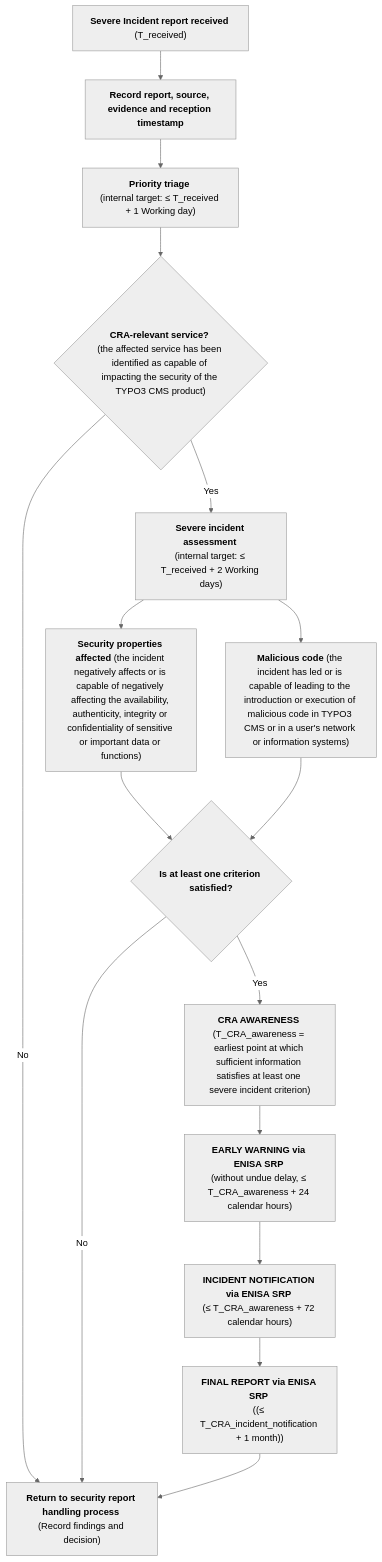
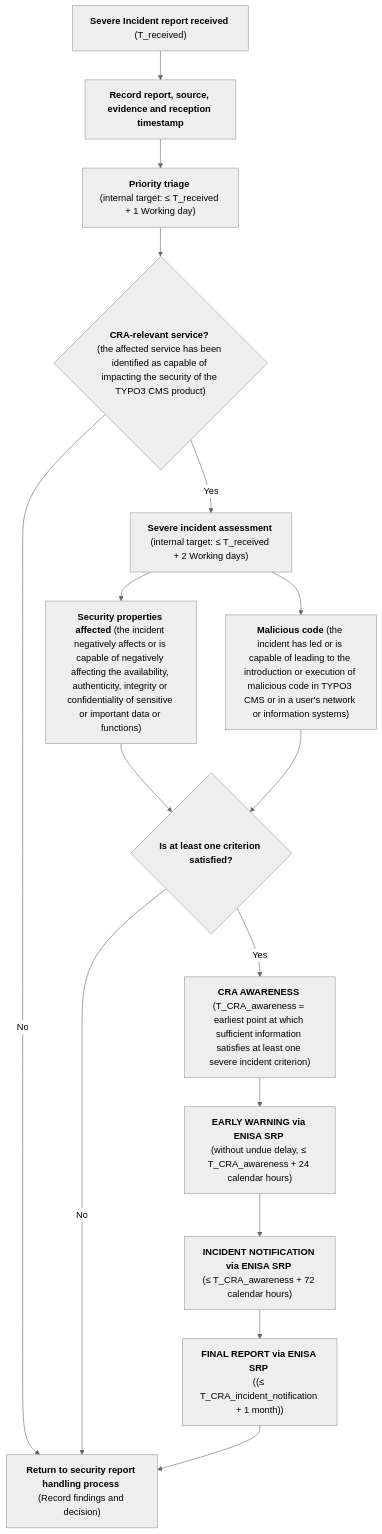
One commit to rfoucard/cra-fast-track changed the diagram in templates/severe-incident-process.md. Above: the diagram before and after it, drawn with Mermaid (neutral theme).

````diff
--- a/templates/severe-incident-process.md
+++ b/templates/severe-incident-process.md
@@ -15,32 +15,32 @@
 ```mermaid
 flowchart TD
 
     A["<strong>Severe&nbsp;Incident&nbsp;report&nbsp;received</strong> \n(T_received)"] --> B["<strong>Record&nbsp;report,&nbsp;source, evidence and reception timestamp</strong>"]
 
     B --> C["<strong>Priority triage</strong> \n(internal&nbsp;target:&nbsp;≤&nbsp;T_received + 1 Working day)"]
 
     C --> D{"<strong>CRA-relevant service?</strong> (the&nbsp;affected&nbsp;service&nbsp;has&nbsp;been identified as capable of impacting the security of the TYPO3 CMS product)"}
 
     D -- "No" --> X["<strong>Return to security report handling process</strong> \n(Record findings and decision)"]
 
-    D -- "Yes" --> E["<strong>Severe incident assessment</strong> \n(internal target: ≤ T_received + 2 Working days)"]
+    D -- "Yes" --> E["<strong>Severe&nbsp;incident&nbsp;assessment</strong> \n(internal&nbsp;target:&nbsp;≤&nbsp;T_received + 2 Working days)"]
 
     E --> F["<strong>Security properties affected</strong> (the incident negatively affects or is capable of negatively affecting the availability, authenticity, integrity or confidentiality of sensitive or important data or functions)"]
 
     E --> G["<strong>Malicious code</strong> (the incident has led or is capable of leading to the introduction or execution of malicious code in TYPO3 CMS or in a user's network or information systems)"]
 
     F --> J{"<strong>Is at least one criterion satisfied?</strong>"}
     G --> J
 
     J -- "No" --> X
     J -- "Yes" --> L["<strong>CRA AWARENESS</strong> \n(T_CRA_awareness = earliest point at which sufficient information satisfies at least one severe incident criterion)"]
 
     L --> M["<strong>EARLY WARNING via ENISA SRP</strong> \n(without undue delay, ≤ T_CRA_awareness + 24 calendar hours)"]
 
     M --> N["<strong>INCIDENT NOTIFICATION via ENISA SRP</strong> \n(≤ T_CRA_awareness + 72 calendar hours)"]
 
     N --> O["<strong>FINAL REPORT via ENISA SRP</strong> \n((≤ T_CRA_incident_notification + 1 month))"]
 
     O --> X
 
 ```
````
